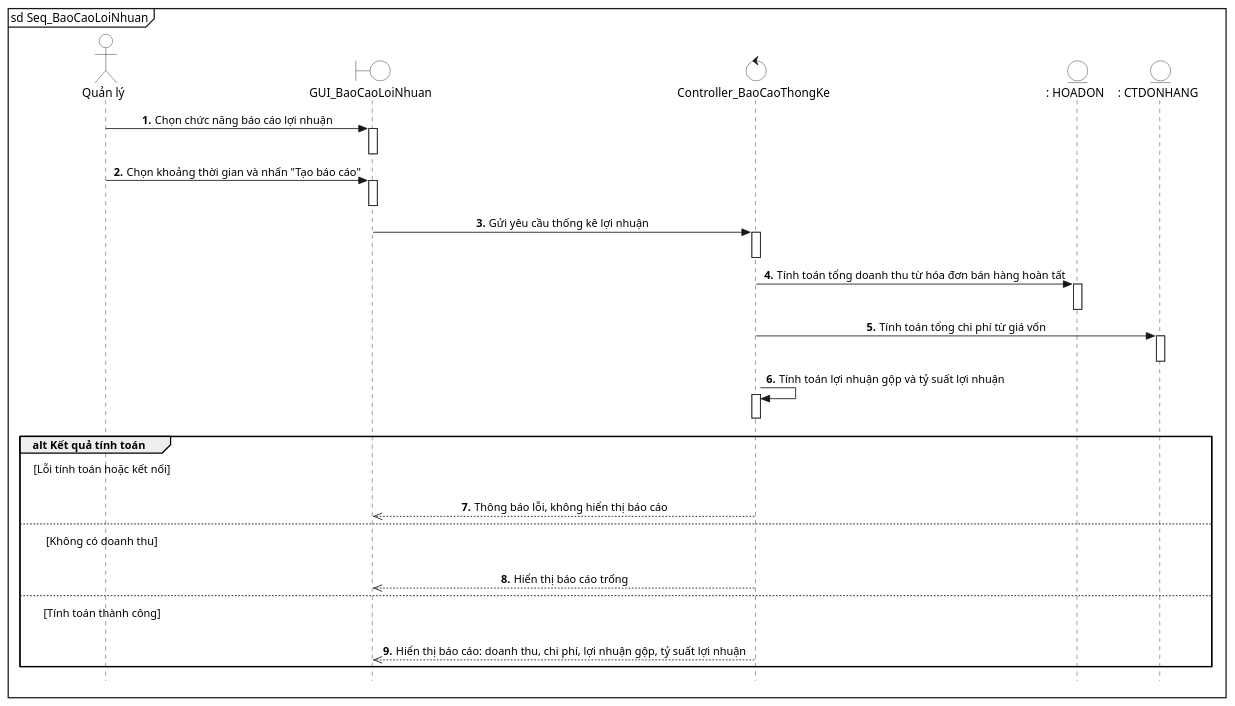
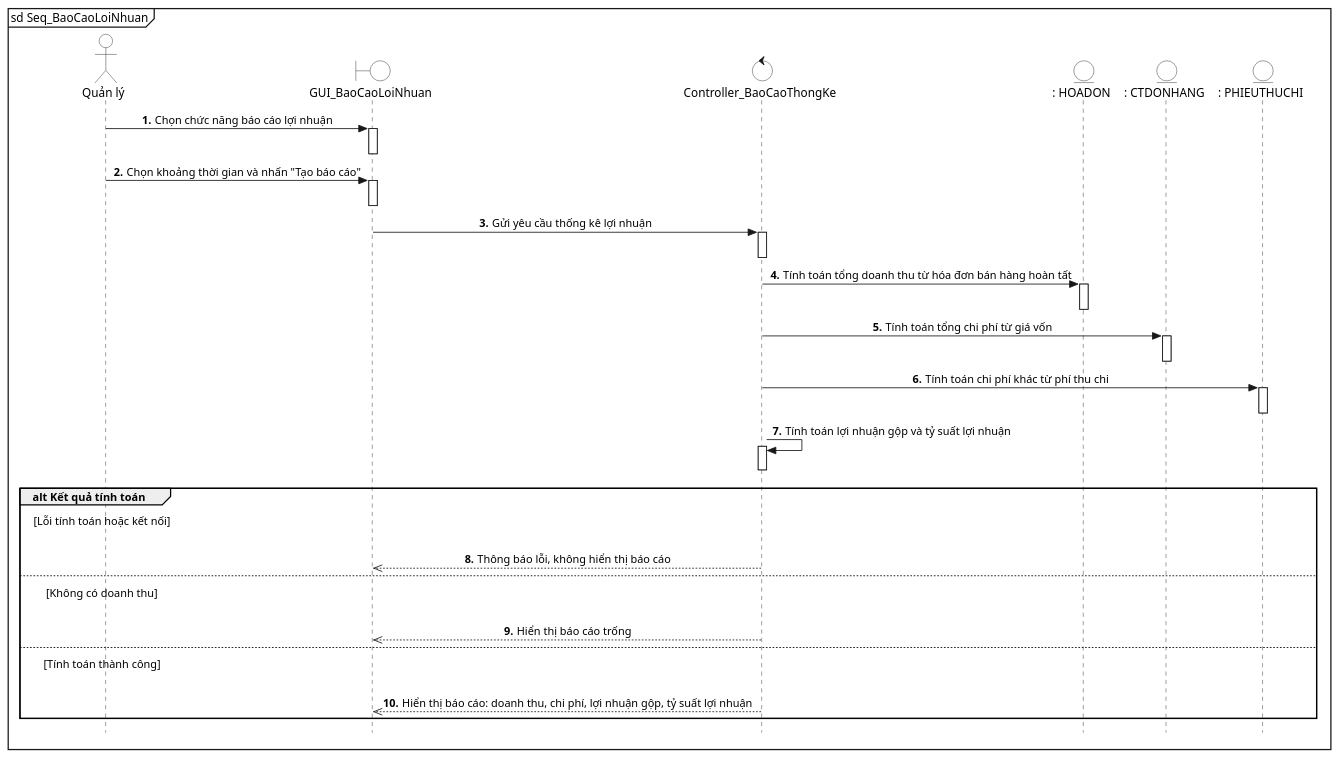
The diagram in diagram/sq_Khang/50_BaoCaoLoiNhuan.puml (lancelotviendangkhoa710/IS-System-Development), drawn with PlantUML before and after one commit. The commit also changed 20 other files, not shown here.

```diff
--- a/diagram/sq_Khang/50_BaoCaoLoiNhuan.puml
+++ b/diagram/sq_Khang/50_BaoCaoLoiNhuan.puml
@@ -1,60 +1,65 @@
 @startuml BaoCaoLoiNhuan
 mainframe sd Seq_BaoCaoLoiNhuan
 autonumber "<b>##."
 skinparam sequenceMessageAlign center
 skinparam style strictuml
 
     skinparam noteBackgroundColor transparent
     skinparam noteBorderColor transparent
 
 actor "Quản lý" as QL #White
 boundary "GUI_BaoCaoLoiNhuan" as UI #White
 control "Controller_BaoCaoThongKe" as SYS #White
 entity ": HOADON" as DB_HD #White
 entity ": CTDONHANG" as DB_CTDH #White
+entity ": PHIEUTHUCHI" as DB_PTC #White
 
 QL -> UI: Chọn chức năng báo cáo lợi nhuận
 activate UI
 deactivate UI
 
 QL -> UI: Chọn khoảng thời gian và nhấn "Tạo báo cáo"
 activate UI
 deactivate UI
 
 UI -> SYS: Gửi yêu cầu thống kê lợi nhuận
 activate SYS
 deactivate SYS
 
 SYS -> DB_HD: Tính toán tổng doanh thu từ hóa đơn bán hàng hoàn tất
 activate DB_HD
 deactivate DB_HD
 
 SYS -> DB_CTDH: Tính toán tổng chi phí từ giá vốn
 activate DB_CTDH
 deactivate DB_CTDH
 
+SYS -> DB_PTC: Tính toán chi phí khác từ phí thu chi
+activate DB_PTC
+deactivate DB_PTC
+
 SYS -> SYS: Tính toán lợi nhuận gộp và tỷ suất lợi nhuận
 activate SYS
 deactivate SYS
 
 group alt Kết quả tính toán
     note over QL: [Lỗi tính toán hoặc kết nối]
     autonumber stop
-    QL -[hidden]-> DB_CTDH
+    QL -[hidden]-> DB_PTC
     autonumber resume "<b>##."
     SYS -->> UI: Thông báo lỗi, không hiển thị báo cáo
 else 
     note over QL: [Không có doanh thu]
     autonumber stop
-    QL -[hidden]-> DB_CTDH
+    QL -[hidden]-> DB_PTC
     autonumber resume "<b>##."
     SYS -->> UI: Hiển thị báo cáo trống
 else 
     note over QL: [Tính toán thành công]
     autonumber stop
-    QL -[hidden]-> DB_CTDH
+    QL -[hidden]-> DB_PTC
     autonumber resume "<b>##."
     SYS -->> UI: Hiển thị báo cáo: doanh thu, chi phí, lợi nhuận gộp, tỷ suất lợi nhuận
 end
 
 @enduml
```
